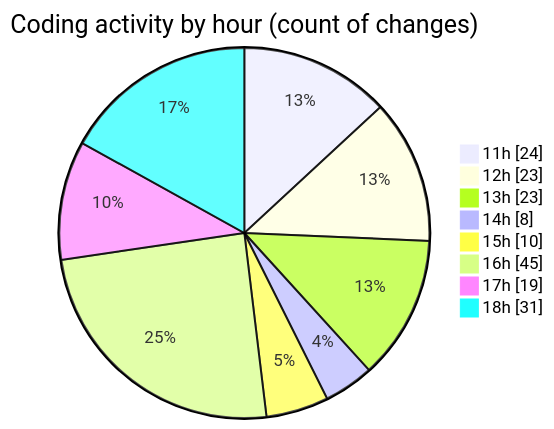
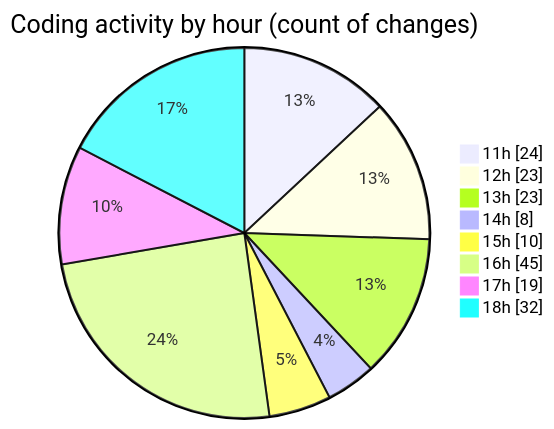
Before and after one commit to nxtqubesakshisongat/code-tracking: the second of 2 diagrams in 2025-09-18/nxtqube_webapp/README.md, drawn with Mermaid. The commit also changed other lines of this file and 1 other file, not shown here.

````diff
--- a/2025-09-18/nxtqube_webapp/README.md
+++ b/2025-09-18/nxtqube_webapp/README.md
@@ -52,12 +52,12 @@
 ```mermaid
 pie showData
 title Coding activity by hour (count of changes)
 "11h" : 24
 "12h" : 23
 "13h" : 23
 "14h" : 8
 "15h" : 10
 "16h" : 45
 "17h" : 19
-"18h" : 31
+"18h" : 32
 ```
````
